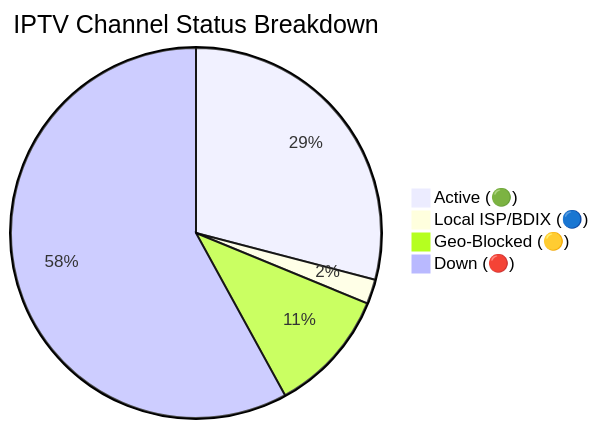
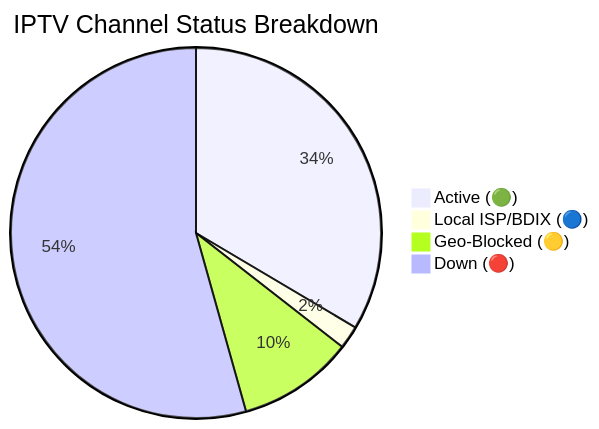
The diagram in README.md (andreataylord/Ip-tv-Collection), drawn with Mermaid before and after one commit. The commit also changed other lines of this file and 2 other files, not shown here.

````diff
--- a/README.md
+++ b/README.md
@@ -59,7 +59,7 @@
 ```mermaid
 pie title IPTV Channel Status Breakdown
-    "Active (🟢)" : 1730
+    "Active (🟢)" : 2137
     "Local ISP/BDIX (🔵)" : 128
-    "Geo-Blocked (🟡)" : 643
-    "Down (🔴)" : 3452
+    "Geo-Blocked (🟡)" : 645
+    "Down (🔴)" : 3465
 ```
````
